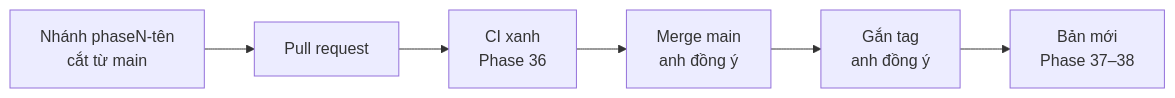
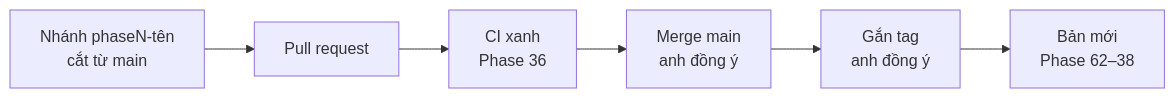
Before and after one commit to nvminhtu/niche-radar-docs: the diagram in docs/web/phase-39-branch-flow.md, drawn with Mermaid. The commit also changed other lines of this file and 33 other files, not shown here.

````diff
--- a/docs/web/phase-39-branch-flow.md
+++ b/docs/web/phase-39-branch-flow.md
@@ -10,8 +10,8 @@
 ```mermaid
 flowchart LR
   N[Nhánh phaseN-tên<br/>cắt từ main] --> P[Pull request]
   P --> C[CI xanh<br/>Phase 36]
   C --> M[Merge main<br/>anh đồng ý]
   M --> T[Gắn tag<br/>anh đồng ý]
-  T --> R[Bản mới<br/>Phase 37–38]
+  T --> R[Bản mới<br/>Phase 62–38]
 ```
````
